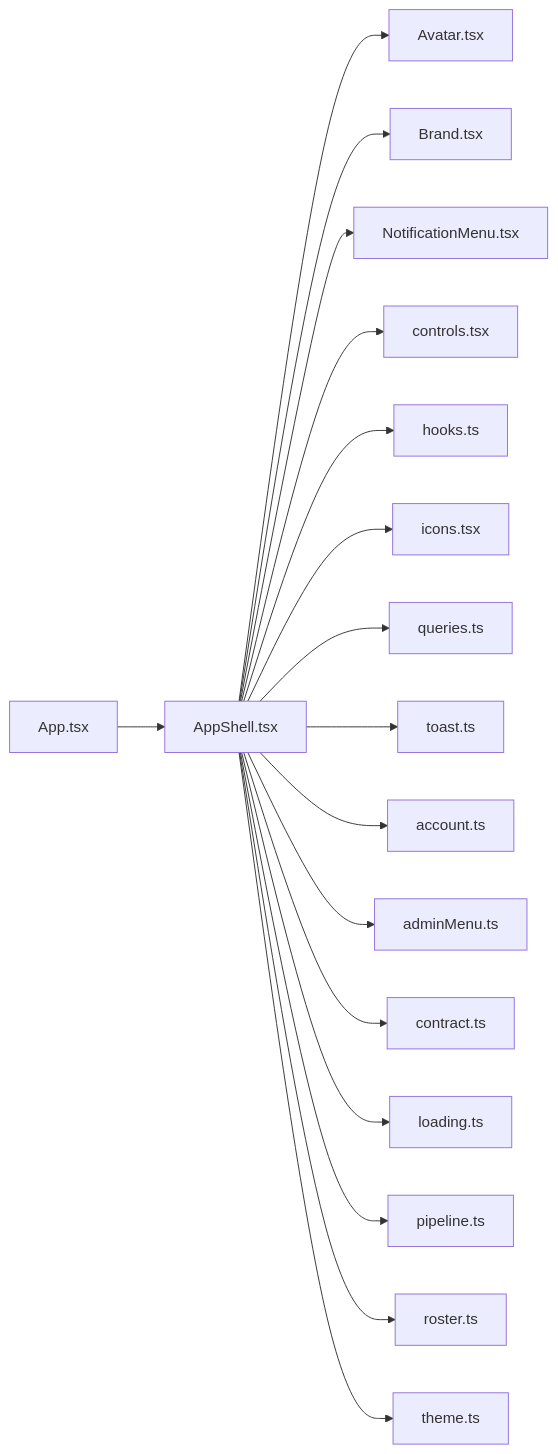
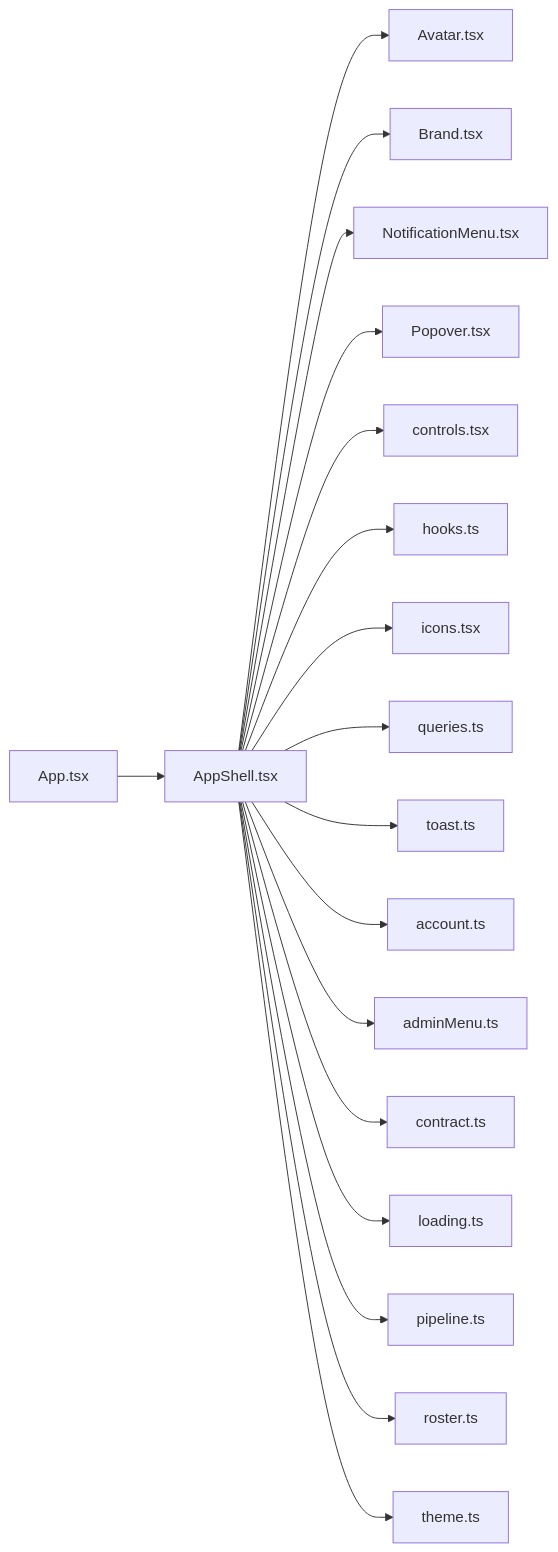
The diagram in .cluedoc/graph/frontend/src/components/AppShell.md (minkong-dev/Banblit), drawn with Mermaid before and after one commit. The commit also changed other lines of this file and 21 other files, not shown here.

First line of the commit message:
frontend: add Segmented and Popover components and refine touch and hover styles

````diff
--- a/.cluedoc/graph/frontend/src/components/AppShell.md
+++ b/.cluedoc/graph/frontend/src/components/AppShell.md
@@ -10,20 +10,21 @@
 ```mermaid
 flowchart LR
   frontend_src_components_AppShell["AppShell.tsx"]
   frontend_src_components_AppShell --> frontend_src_components_Avatar["Avatar.tsx"]
   frontend_src_components_AppShell --> frontend_src_components_Brand["Brand.tsx"]
   frontend_src_components_AppShell --> frontend_src_components_NotificationMenu["NotificationMenu.tsx"]
+  frontend_src_components_AppShell --> frontend_src_components_Popover["Popover.tsx"]
   frontend_src_components_AppShell --> frontend_src_components_controls["controls.tsx"]
   frontend_src_components_AppShell --> frontend_src_components_hooks["hooks.ts"]
   frontend_src_components_AppShell --> frontend_src_components_icons["icons.tsx"]
   frontend_src_components_AppShell --> frontend_src_components_queries["queries.ts"]
   frontend_src_components_AppShell --> frontend_src_components_toast["toast.ts"]
   frontend_src_components_AppShell --> frontend_src_lib_account["account.ts"]
   frontend_src_components_AppShell --> frontend_src_lib_adminMenu["adminMenu.ts"]
   frontend_src_components_AppShell --> frontend_src_lib_contract["contract.ts"]
   frontend_src_components_AppShell --> frontend_src_lib_loading["loading.ts"]
   frontend_src_components_AppShell --> frontend_src_lib_pipeline["pipeline.ts"]
   frontend_src_components_AppShell --> frontend_src_lib_roster["roster.ts"]
   frontend_src_components_AppShell --> frontend_src_lib_theme["theme.ts"]
   frontend_src_App["App.tsx"] --> frontend_src_components_AppShell
 ```
````
